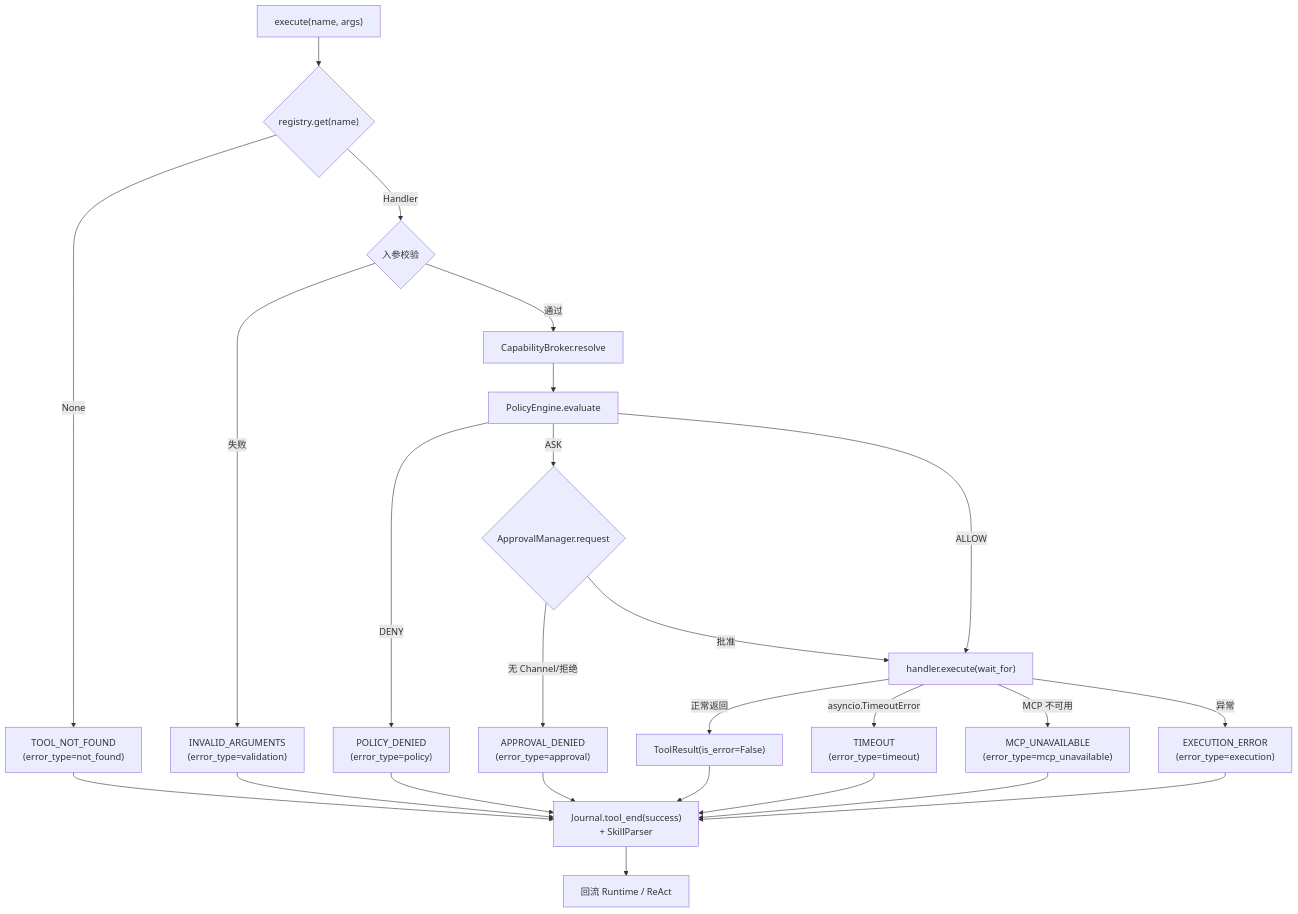
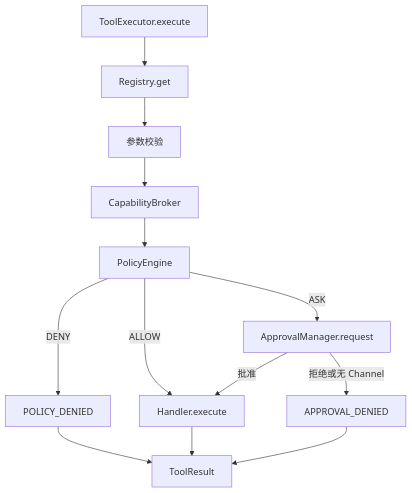
The eighth of 11 diagrams in docs/wiki/Tool 模块总体说明.md (aandbcct/dotClaw), drawn with Mermaid before and after one commit. The commit also changed other lines of this file and 6 other files, not shown here.

````diff
--- a/docs/wiki/Tool 模块总体说明.md
+++ b/docs/wiki/Tool 模块总体说明.md
@@ -280,29 +1089,18 @@
 ```mermaid
 flowchart TD
-    Start["execute(name, args)"] --> Get{"registry.get(name)"}
-    Get -->|None| NF["TOOL_NOT_FOUND\n(error_type=not_found)"]
-    Get -->|Handler| Val{"入参校验"}
-    Val -->|失败| Inv["INVALID_ARGUMENTS\n(error_type=validation)"]
-    Val -->|通过| Br["CapabilityBroker.resolve"]
-    Br --> Po["PolicyEngine.evaluate"]
-    Po -->|DENY| Deny["POLICY_DENIED\n(error_type=policy)"]
-    Po -->|ASK| Ask{"ApprovalManager.request"}
-    Ask -->|无 Channel/拒绝| Appr["APPROVAL_DENIED\n(error_type=approval)"]
-    Ask -->|批准| Run["handler.execute(wait_for)"]
-    Po -->|ALLOW| Run
+    Start["ToolExecutor.execute"] --> Get["Registry.get"]
+    Get --> Validate["参数校验"]
+    Validate --> Broker["CapabilityBroker"]
+    Broker --> Policy["PolicyEngine"]
 
-    Run -->|正常返回| OK["ToolResult(is_error=False)"]
-    Run -->|asyncio.TimeoutError| TO["TIMEOUT\n(error_type=timeout)"]
-    Run -->|MCP 不可用| MCPD["MCP_UNAVAILABLE\n(error_type=mcp_unavailable)"]
-    Run -->|异常| ERR["EXECUTION_ERROR\n(error_type=execution)"]
+    Policy -->|DENY| Denied["POLICY_DENIED"]
+    Policy -->|ALLOW| Run["Handler.execute"]
+    Policy -->|ASK| Approval["ApprovalManager.request"]
 
-    OK --> End["Journal.tool_end(success)\n+ SkillParser"]
-    TO --> End
-    ERR --> End
-    Deny --> End
-    Appr --> End
-    NF --> End
-    Inv --> End
-    MCPD --> End
-    End --> Back["回流 Runtime / ReAct"]
+    Approval -->|批准| Run
+    Approval -->|拒绝或无 Channel| Rejected["APPROVAL_DENIED"]
+
+    Run --> Result["ToolResult"]
+    Denied --> Result
+    Rejected --> Result
 ```
````
